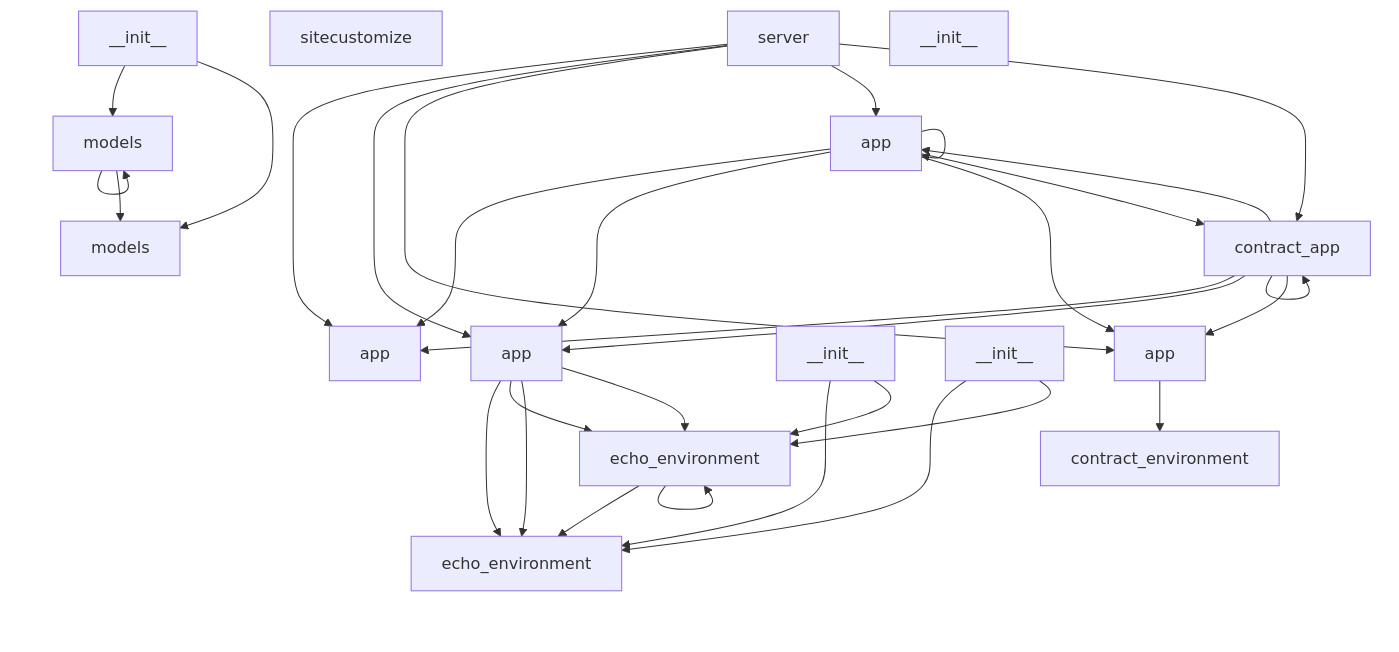
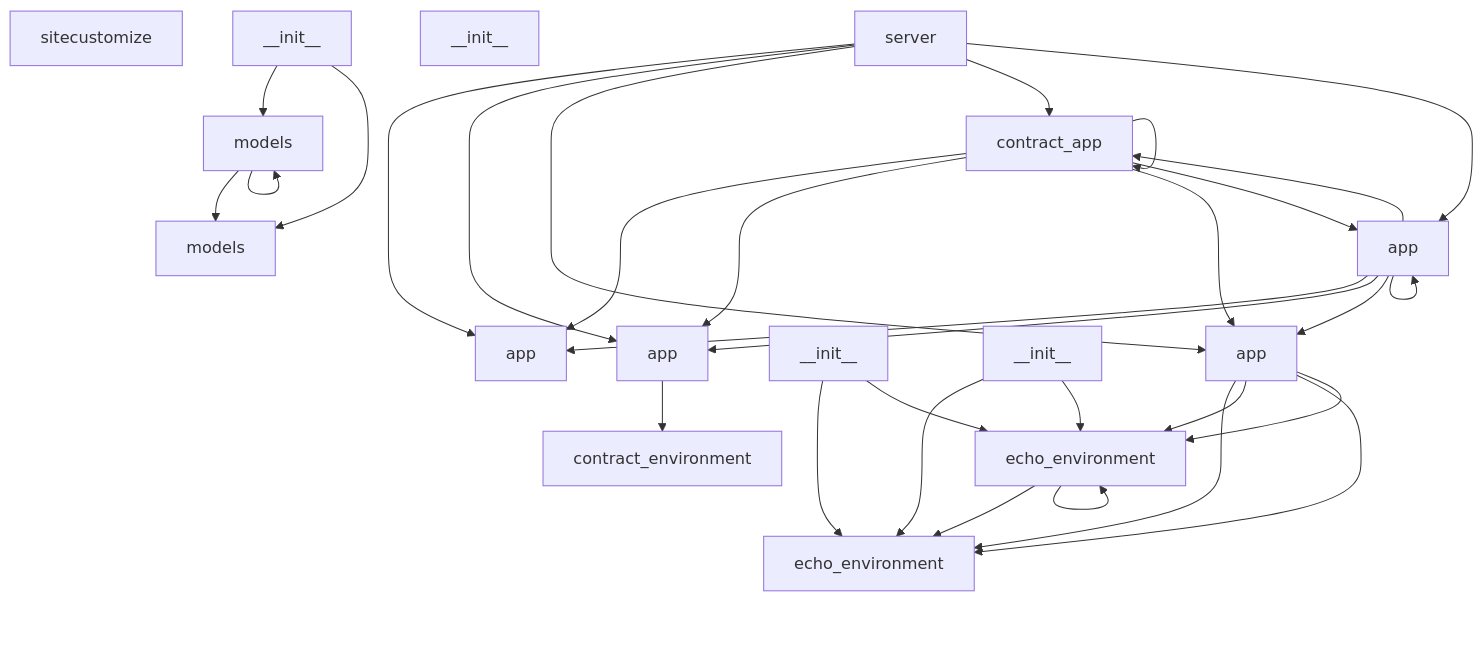
Before and after one commit to NITISH-R-G/DIALECTICA: the first of 2 diagrams in README.md, drawn with Mermaid. The commit also changed other lines of this file and 2 other files, not shown here.

Commit message:
docs: Auto-update architecture and README

````diff
--- a/README.md
+++ b/README.md
@@ -26,65 +26,65 @@
 ```mermaid
 graph TD
+    sitecustomize_py["sitecustomize"]
+    click sitecustomize_py href "sitecustomize.py" "Go to source"
+    server_py["server"]
+    click server_py href "server.py" "Go to source"
+    server_py --> app_py
+    server_py --> src_contract_env_server_app_py
+    server_py --> src_echo_env_server_app_py
+    server_py --> server_contract_app_py
+    server_py --> server_app_py
+    app_py["app"]
+    click app_py href "app.py" "Go to source"
     models_py["models"]
     click models_py href "models.py" "Go to source"
     models_py --> models_py
     models_py --> src_echo_env_models_py
-    app_py["app"]
-    click app_py href "app.py" "Go to source"
-    server_py["server"]
-    click server_py href "server.py" "Go to source"
-    server_py --> app_py
-    server_py --> src_echo_env_server_app_py
-    server_py --> src_contract_env_server_app_py
-    server_py --> server_app_py
-    server_py --> server_contract_app_py
-    sitecustomize_py["sitecustomize"]
-    click sitecustomize_py href "sitecustomize.py" "Go to source"
+    src_contract_env___init___py["__init__"]
+    click src_contract_env___init___py href "src/contract_env/__init__.py" "Go to source"
+    src_contract_env_server_contract_environment_py["contract_environment"]
+    click src_contract_env_server_contract_environment_py href "src/contract_env/server/contract_environment.py" "Go to source"
+    src_contract_env_server_app_py["app"]
+    click src_contract_env_server_app_py href "src/contract_env/server/app.py" "Go to source"
+    src_contract_env_server_app_py --> src_contract_env_server_contract_environment_py
+    src_echo_env_models_py["models"]
+    click src_echo_env_models_py href "src/echo_env/models.py" "Go to source"
     src_echo_env___init___py["__init__"]
     click src_echo_env___init___py href "src/echo_env/__init__.py" "Go to source"
     src_echo_env___init___py --> models_py
     src_echo_env___init___py --> src_echo_env_models_py
-    src_echo_env_models_py["models"]
-    click src_echo_env_models_py href "src/echo_env/models.py" "Go to source"
+    src_echo_env_server_app_py["app"]
+    click src_echo_env_server_app_py href "src/echo_env/server/app.py" "Go to source"
+    src_echo_env_server_app_py --> src_echo_env_server_echo_environment_py
+    src_echo_env_server_app_py --> server_echo_environment_py
+    src_echo_env_server_app_py --> src_echo_env_server_echo_environment_py
+    src_echo_env_server_app_py --> server_echo_environment_py
     src_echo_env_server_echo_environment_py["echo_environment"]
     click src_echo_env_server_echo_environment_py href "src/echo_env/server/echo_environment.py" "Go to source"
     src_echo_env_server___init___py["__init__"]
     click src_echo_env_server___init___py href "src/echo_env/server/__init__.py" "Go to source"
     src_echo_env_server___init___py --> src_echo_env_server_echo_environment_py
     src_echo_env_server___init___py --> server_echo_environment_py
-    src_echo_env_server_app_py["app"]
-    click src_echo_env_server_app_py href "src/echo_env/server/app.py" "Go to source"
-    src_echo_env_server_app_py --> src_echo_env_server_echo_environment_py
-    src_echo_env_server_app_py --> server_echo_environment_py
-    src_echo_env_server_app_py --> src_echo_env_server_echo_environment_py
-    src_echo_env_server_app_py --> server_echo_environment_py
-    src_contract_env___init___py["__init__"]
-    click src_contract_env___init___py href "src/contract_env/__init__.py" "Go to source"
-    src_contract_env_server_app_py["app"]
-    click src_contract_env_server_app_py href "src/contract_env/server/app.py" "Go to source"
-    src_contract_env_server_app_py --> src_contract_env_server_contract_environment_py
-    src_contract_env_server_contract_environment_py["contract_environment"]
-    click src_contract_env_server_contract_environment_py href "src/contract_env/server/contract_environment.py" "Go to source"
+    server_contract_app_py["contract_app"]
+    click server_contract_app_py href "server/contract_app.py" "Go to source"
+    server_contract_app_py --> app_py
+    server_contract_app_py --> src_contract_env_server_app_py
+    server_contract_app_py --> src_echo_env_server_app_py
+    server_contract_app_py --> server_contract_app_py
+    server_contract_app_py --> server_app_py
+    server_app_py["app"]
+    click server_app_py href "server/app.py" "Go to source"
+    server_app_py --> app_py
+    server_app_py --> src_contract_env_server_app_py
+    server_app_py --> src_echo_env_server_app_py
+    server_app_py --> server_contract_app_py
+    server_app_py --> server_app_py
     server_echo_environment_py["echo_environment"]
     click server_echo_environment_py href "server/echo_environment.py" "Go to source"
     server_echo_environment_py --> src_echo_env_server_echo_environment_py
     server_echo_environment_py --> server_echo_environment_py
     server___init___py["__init__"]
     click server___init___py href "server/__init__.py" "Go to source"
     server___init___py --> src_echo_env_server_echo_environment_py
     server___init___py --> server_echo_environment_py
-    server_app_py["app"]
-    click server_app_py href "server/app.py" "Go to source"
-    server_app_py --> app_py
-    server_app_py --> src_echo_env_server_app_py
-    server_app_py --> src_contract_env_server_app_py
-    server_app_py --> server_app_py
-    server_app_py --> server_contract_app_py
-    server_contract_app_py["contract_app"]
-    click server_contract_app_py href "server/contract_app.py" "Go to source"
-    server_contract_app_py --> app_py
-    server_contract_app_py --> src_echo_env_server_app_py
-    server_contract_app_py --> src_contract_env_server_app_py
-    server_contract_app_py --> server_app_py
-    server_contract_app_py --> server_contract_app_py
 ```
````
